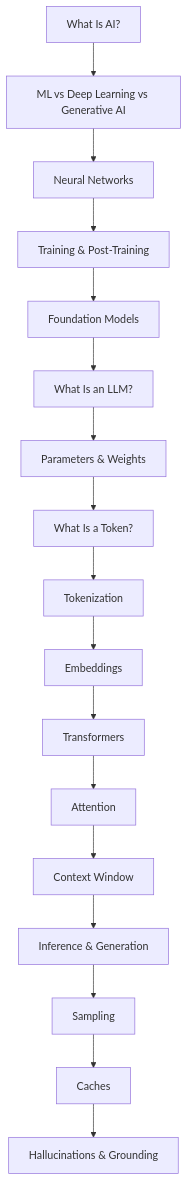
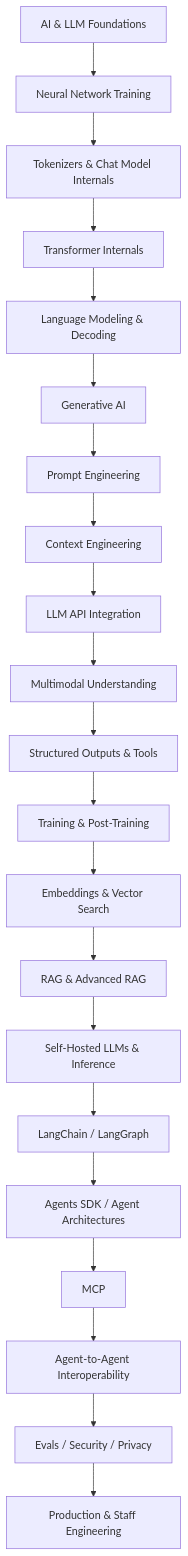
The second of 4 diagrams in docs/ai-engineering/00-start-here.md (salman0butt/handbook), drawn with Mermaid before and after one commit. The commit also changed other lines of this file and 113 other files, not shown here.

Commit message:
docs(ai): add zero-to-hero LLM engineering curriculum

````diff
--- a/docs/ai-engineering/00-start-here.md
+++ b/docs/ai-engineering/00-start-here.md
@@ -38,19 +34,23 @@
 ```mermaid
 flowchart TD
-  AI[What Is AI?] --> ML[ML vs Deep Learning vs Generative AI]
-  ML --> NN[Neural Networks]
-  NN --> TRAIN[Training & Post-Training]
-  TRAIN --> FM[Foundation Models]
-  FM --> LLM[What Is an LLM?]
-  LLM --> PARAM[Parameters & Weights]
-  PARAM --> TOKEN[What Is a Token?]
-  TOKEN --> TOK[Tokenization]
-  TOK --> EMB[Embeddings]
-  EMB --> TR[Transformers]
-  TR --> ATT[Attention]
-  ATT --> CTX[Context Window]
-  CTX --> INF[Inference & Generation]
-  INF --> SAMPLE[Sampling]
-  SAMPLE --> CACHE[Caches]
-  CACHE --> GROUND[Hallucinations & Grounding]
+  F[AI & LLM Foundations] --> NN[Neural Network Training]
+  NN --> TOK[Tokenizers & Chat Model Internals]
+  TOK --> TR[Transformer Internals]
+  TR --> LM[Language Modeling & Decoding]
+  LM --> GEN[Generative AI]
+  GEN --> PROMPT[Prompt Engineering]
+  PROMPT --> CONTEXT[Context Engineering]
+  CONTEXT --> API[LLM API Integration]
+  API --> MM[Multimodal Understanding]
+  MM --> STRUCT[Structured Outputs & Tools]
+  STRUCT --> TRAIN[Training & Post-Training]
+  TRAIN --> EMB[Embeddings & Vector Search]
+  EMB --> RAG[RAG & Advanced RAG]
+  RAG --> INF[Self-Hosted LLMs & Inference]
+  INF --> FW[LangChain / LangGraph]
+  FW --> SDK[Agents SDK / Agent Architectures]
+  SDK --> MCP[MCP]
+  MCP --> INTEROP[Agent-to-Agent Interoperability]
+  INTEROP --> SAFE[Evals / Security / Privacy]
+  SAFE --> PROD[Production & Staff Engineering]
 ```
````
